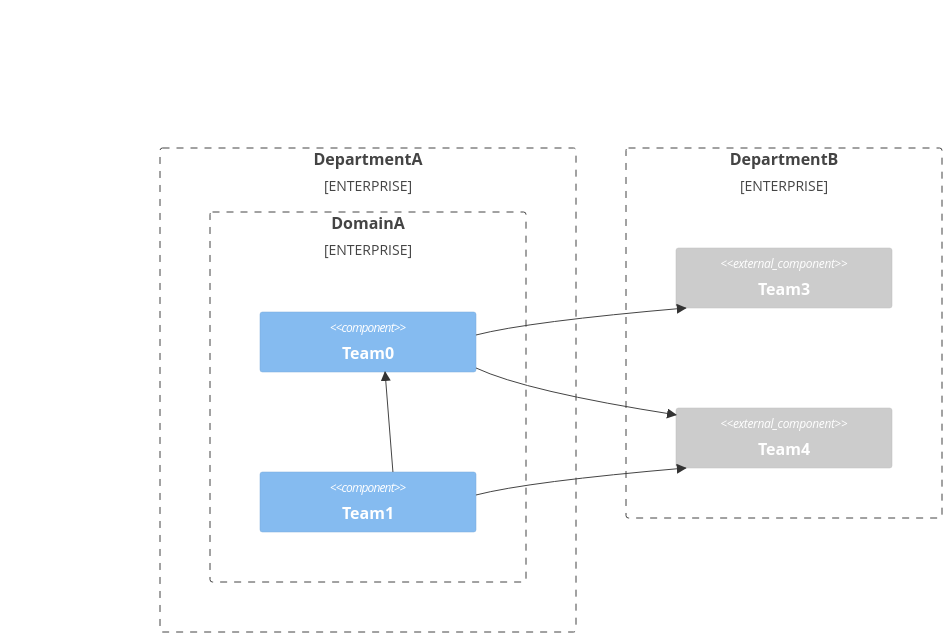
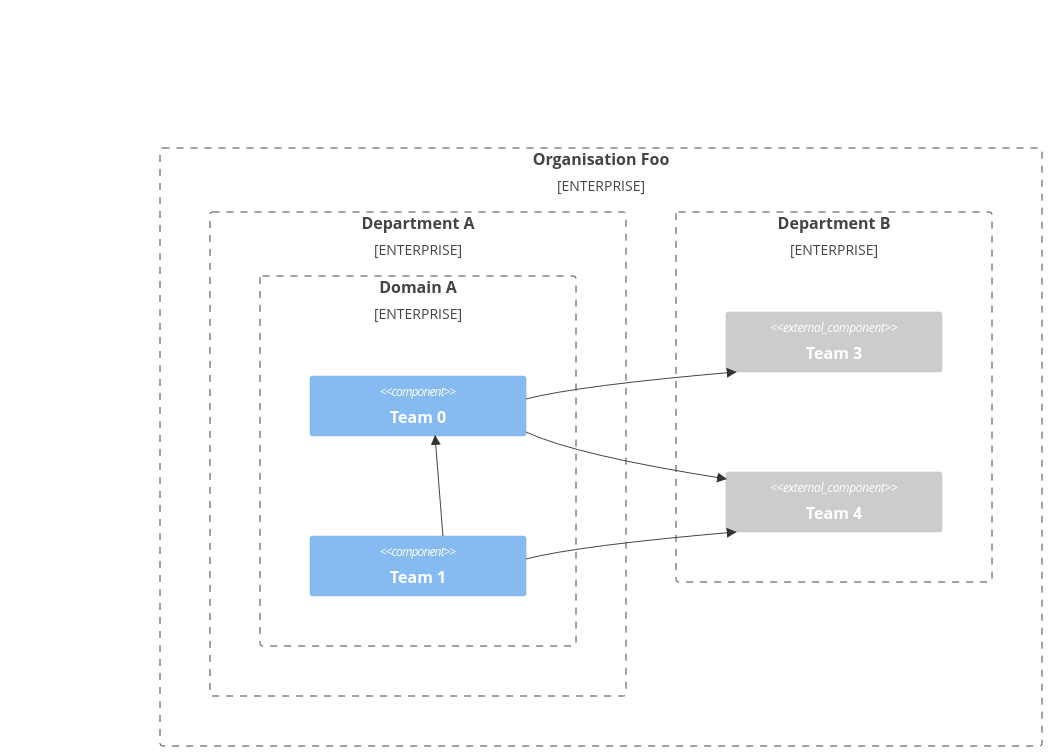
The first of 2 diagrams in README.md (kislerdm/org-infrastructure-overview), drawn with Mermaid before and after one commit. The commit also changed other lines of this file, not shown here.

````diff
--- a/README.md
+++ b/README.md
@@ -91,20 +91,22 @@
 ```mermaid 
 C4Context
 
-Enterprise_Boundary(departmentA, "DepartmentA") {
-    Enterprise_Boundary(domainA, "DomainA") {
-        Component(team0, "Team0")
-        Component(team1, "Team1")
-    }
-}
-
-Enterprise_Boundary(departmentB, "DepartmentB") {
-    Component_Ext(team3, "Team3")
-    Component_Ext(team4, "Team4")
+Enterprise_Boundary(foo, "Organisation Foo") {
+  Enterprise_Boundary(departmentA, "Department A") {
+      Enterprise_Boundary(domainA, "Domain A") {
+          Component(team0, "Team 0")
+          Component(team1, "Team 1")
+      }
+  }
+  
+  Enterprise_Boundary(departmentB, "Department B") {
+      Component_Ext(team3, "Team 3")
+      Component_Ext(team4, "Team 4")
+  }
 }
 
 Rel(team1, team0, "")
 Rel(team0, team4, "")
 Rel(team0, team3, "")
 Rel(team1, team4, "")
 ```
````
